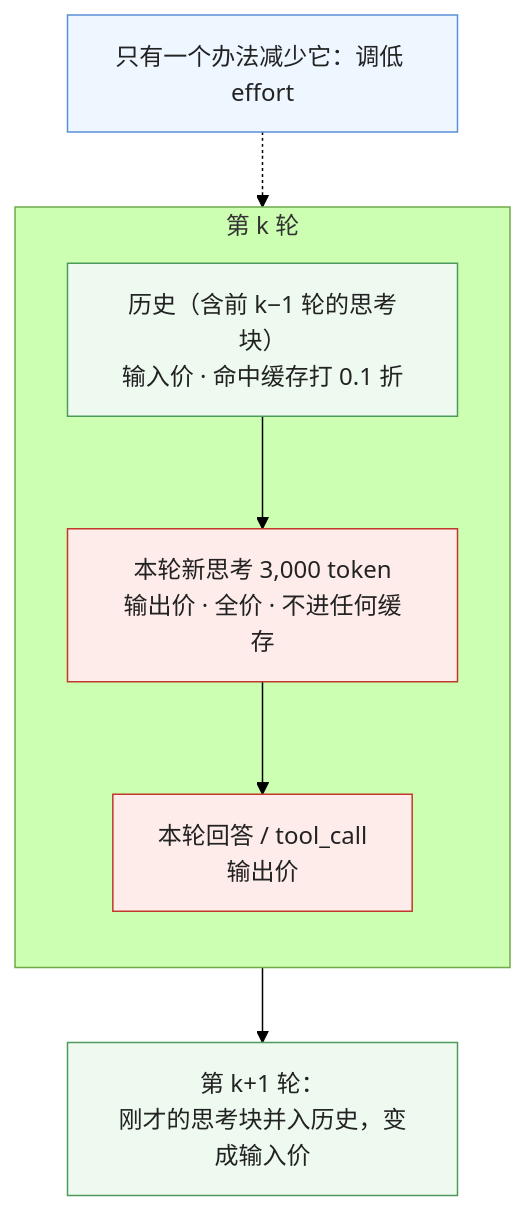
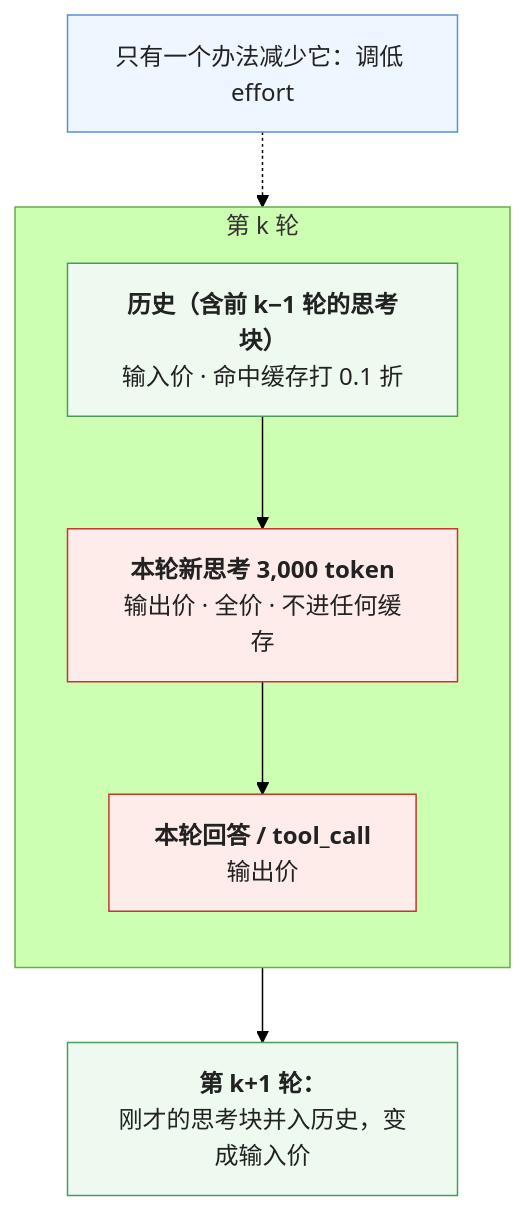
One commit to arganzheng/arganzheng.github.com changed the sixth of 6 diagrams in _posts/2026-10-01-reasoning-models-as-components-thinking-effort-and-state.md. Above: the diagram before and after it, drawn with Mermaid (forest theme). The commit also changed other lines of this file and 6 other files, not shown here.

First line of the commit message:
模型作为组件：契约、失效模式与选型：Mermaid 多行方框的首行标为标题（7 篇）

````diff
--- a/_posts/2026-10-01-reasoning-models-as-components-thinking-effort-and-state.md
+++ b/_posts/2026-10-01-reasoning-models-as-components-thinking-effort-and-state.md
@@ -229,16 +229,16 @@
 ```mermaid
 %% 图：多轮 agent 里思考 token 的两种身份——本轮新生成的思考按输出价全价、任何缓存都帮不上；上一轮的思考块回到历史里变成输入，按输入价计并能进缓存前缀
 flowchart TB
     subgraph R1["第 k 轮"]
         direction TB
-        H["历史（含前 k−1 轮的思考块）<br/>输入价 · 命中缓存打 0.1 折"] --> NEW["本轮新思考 3,000 token<br/>输出价 · 全价 · 不进任何缓存"] --> OUT["本轮回答 / tool_call<br/>输出价"]
+        H["<b>历史（含前 k−1 轮的思考块）</b><br/>输入价 · 命中缓存打 0.1 折"] --> NEW["<b>本轮新思考 3,000 token</b><br/>输出价 · 全价 · 不进任何缓存"] --> OUT["<b>本轮回答 / tool_call</b><br/>输出价"]
     end
-    R1 --> R2["第 k+1 轮：<br/>刚才的思考块并入历史，变成输入价"]
+    R1 --> R2["<b>第 k+1 轮：</b><br/>刚才的思考块并入历史，变成输入价"]
     E["只有一个办法减少它：调低 effort"] -.-> NEW
     classDef inp fill:#eefaf0,stroke:#4d9a5c,color:#222
     classDef outp fill:#fdecea,stroke:#c0392b,color:#222
     classDef n fill:#eef6ff,stroke:#5b8fd6,color:#222
     class H,R2 inp
     class NEW,OUT outp
     class E n
 ```
````
